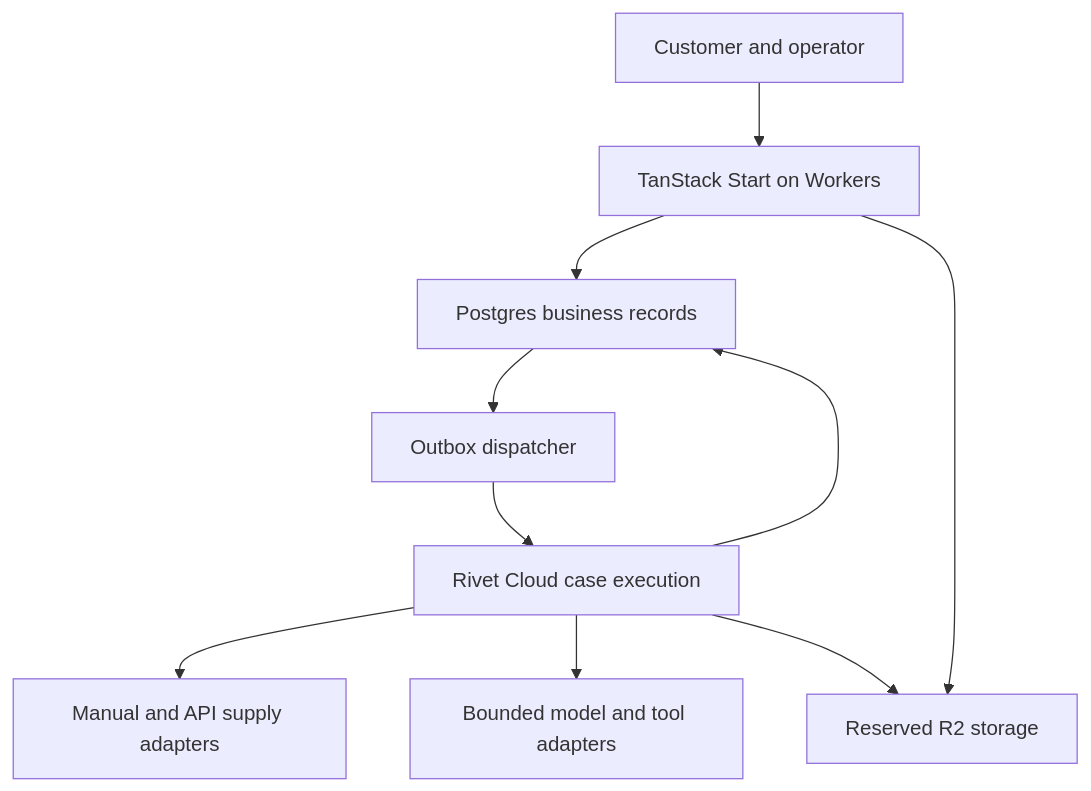
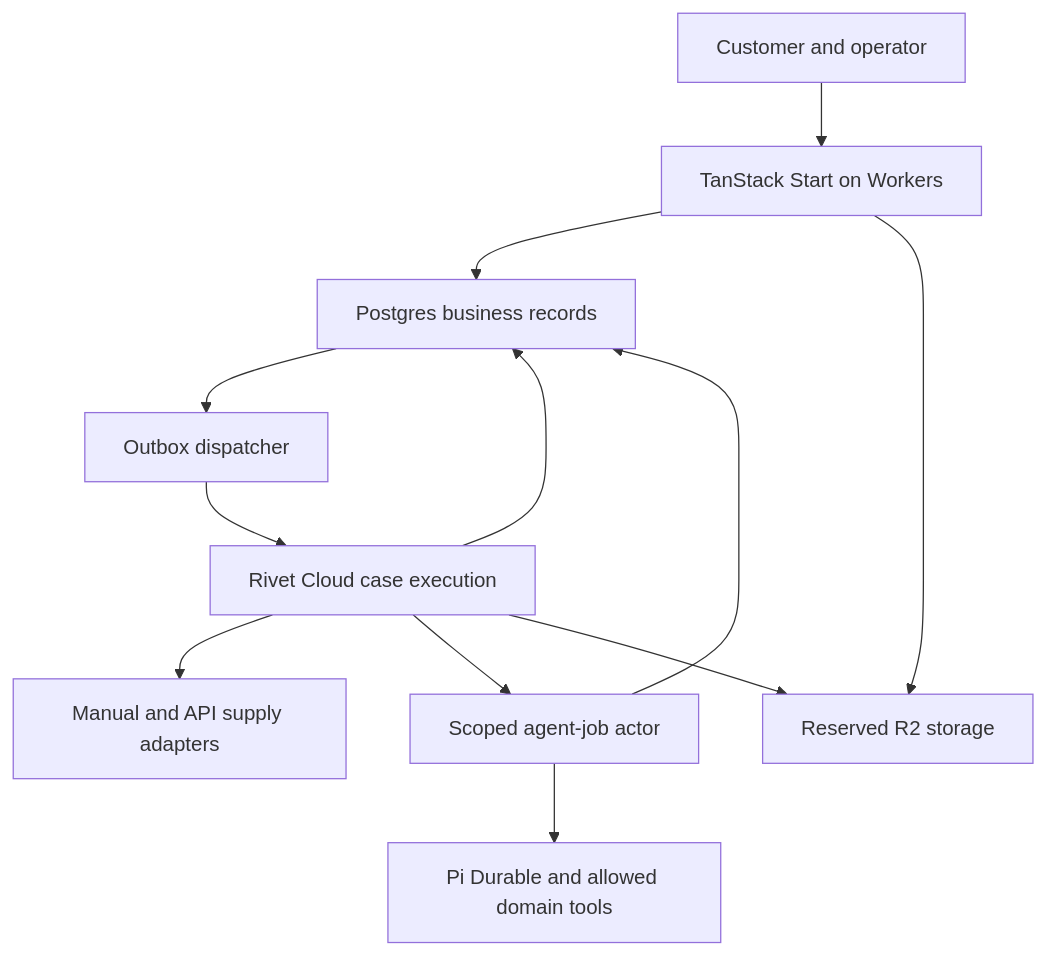
Before and after one commit to nextexcite/occavoy: the diagram in docs/architecture.md, drawn with Mermaid. The commit also changed other lines of this file and 26 other files, not shown here.

First line of the commit message:
feat(OCA-33): qualify durable agent harness and customer-case contracts

````diff
--- a/docs/architecture.md
+++ b/docs/architecture.md
@@ -18,12 +18,14 @@
 ```mermaid
 flowchart TD
     U["Customer and operator"] --> W["TanStack Start on Workers"]
     W --> P["Postgres business records"]
     P --> D["Outbox dispatcher"]
     D --> R["Rivet Cloud case execution"]
     R --> P
     R --> S["Manual and API supply adapters"]
-    R --> T["Bounded model and tool adapters"]
+    R --> J["Scoped agent-job actor"]
+    J --> T["Pi Durable and allowed domain tools"]
+    J --> P
     W --> B["Reserved R2 storage"]
     R --> B
 ```
````
